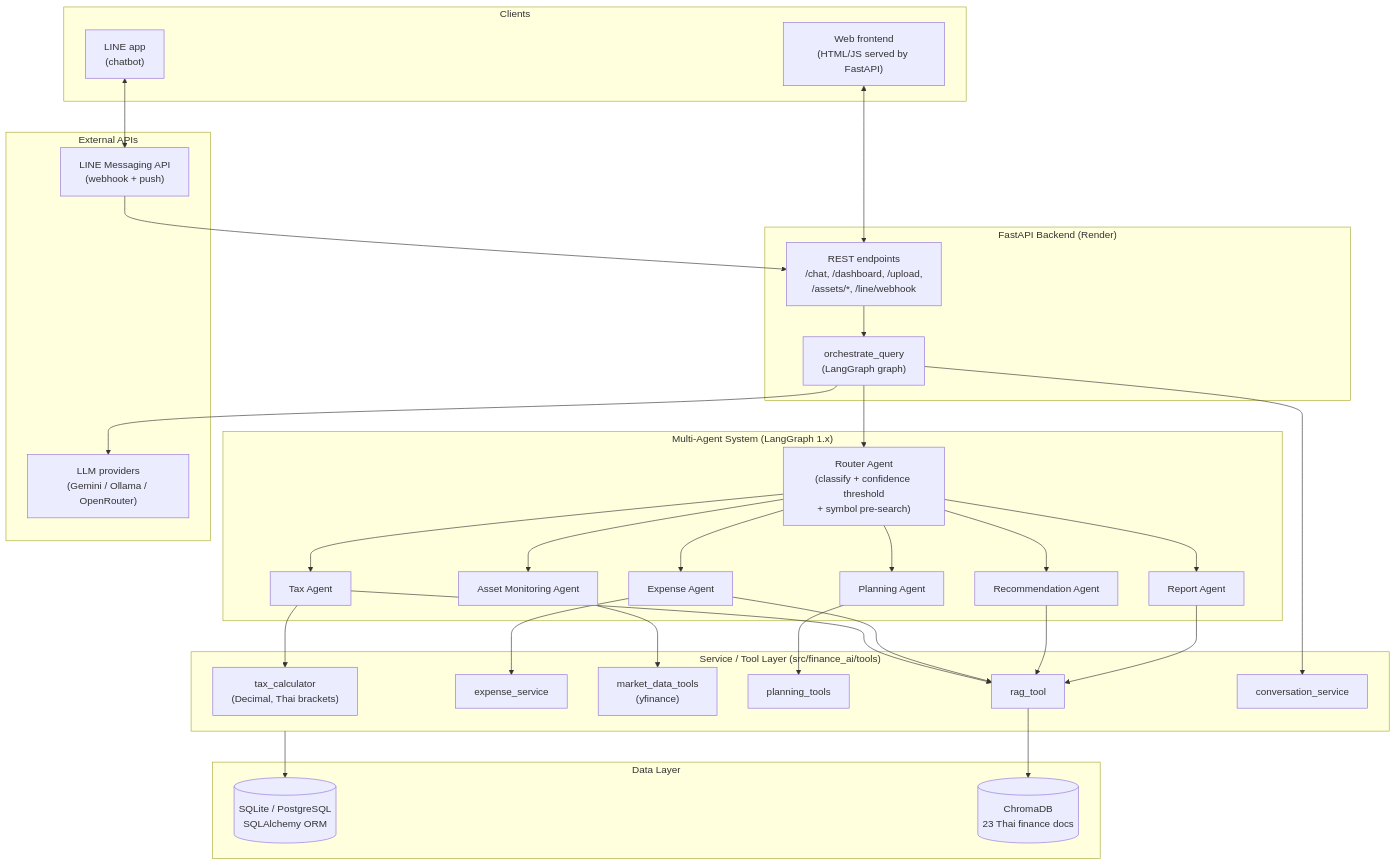
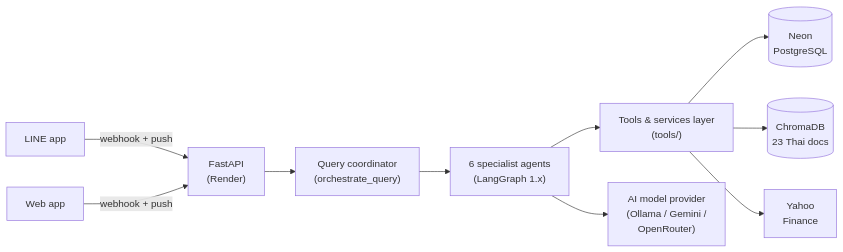
One commit to pakkaphon-tangtonglang/agenticaiforpersonalfinance changed the first of 23 diagrams in docs/diagrams.md. Above: the diagram before and after it, drawn with Mermaid. The commit also changed other lines of this file, not shown here.

Commit message:
docs(diagrams): human-readable labels with technical terms kept; recover scrambled sections

````diff
--- a/docs/diagrams.md
+++ b/docs/diagrams.md
@@ -8,57 +58,11 @@
 ```mermaid
-flowchart TB
-    subgraph clients["Clients"]
-        LINE["LINE app<br/>(chatbot)"]
-        WEB["Web frontend<br/>(HTML/JS served by FastAPI)"]
-    end
-
-    subgraph api["FastAPI Backend (Render)"]
-        ROUTE["REST endpoints<br/>/chat, /dashboard, /upload,<br/>/assets/*, /line/webhook"]
-        ORCH["orchestrate_query<br/>(LangGraph graph)"]
-    end
-
-    subgraph agents["Multi-Agent System (LangGraph 1.x)"]
-        ROUTER["Router Agent<br/>(classify + confidence threshold<br/>+ symbol pre-search)"]
-        TAX["Tax Agent"]
-        EXP["Expense Agent"]
-        ASSET["Asset Monitoring Agent"]
-        PLAN["Planning Agent"]
-        RECO["Recommendation Agent"]
-        REPORT["Report Agent"]
-    end
-
-    subgraph services["Service / Tool Layer (src/finance_ai/tools)"]
-        TAXC["tax_calculator<br/>(Decimal, Thai brackets)"]
-        EXPC["expense_service"]
-        MARKET["market_data_tools<br/>(yfinance)"]
-        GOALC["planning_tools"]
-        RAGT["rag_tool"]
-        CONVS["conversation_service"]
-    end
-
-    subgraph storage["Data Layer"]
-        DB[("SQLite / PostgreSQL<br/>SQLAlchemy ORM")]
-        CHROMA[("ChromaDB<br/>23 Thai finance docs")]
-    end
-
-    subgraph external["External APIs"]
-        LINEAPI["LINE Messaging API<br/>(webhook + push)"]
-        LLM["LLM providers<br/>(Gemini / Ollama / OpenRouter)"]
-    end
-
-    LINE <--> LINEAPI
-    LINEAPI --> ROUTE
-    WEB <--> ROUTE
-    ROUTE --> ORCH
-    ORCH --> ROUTER
-    ROUTER --> TAX & EXP & ASSET & PLAN & RECO & REPORT
-    TAX --> TAXC
-    EXP --> EXPC
-    ASSET --> MARKET
-    PLAN --> GOALC
-    TAX & EXP & RECO & REPORT --> RAGT
-    ORCH --> CONVS
-    services --> DB
-    RAGT --> CHROMA
-    ORCH --> LLM
+flowchart LR
+    LINE["LINE app"] & WEB["Web app"] -->|"webhook + push"| API["FastAPI<br/>(Render)"]
+    API --> ORCH["Query coordinator<br/>(orchestrate_query)"]
+    ORCH --> AG["6 specialist agents<br/>(LangGraph 1.x)"]
+    AG --> TL["Tools & services layer<br/>(tools/)"]
+    TL --> DB[("Neon<br/>PostgreSQL")]
+    TL --> CH[("ChromaDB<br/>23 Thai docs")]
+    TL --> YF["Yahoo<br/>Finance"]
+    AG --> LLM["AI model provider<br/>(Ollama / Gemini /<br/>OpenRouter)"]
 ```
````
